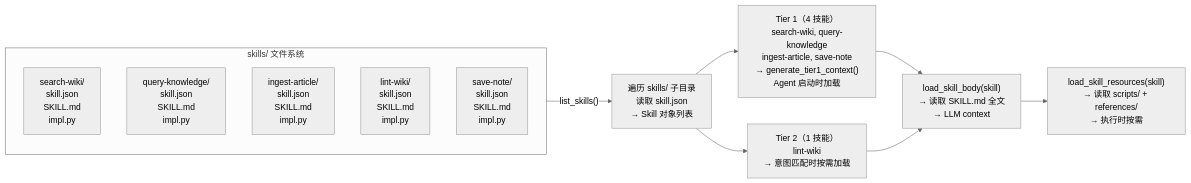
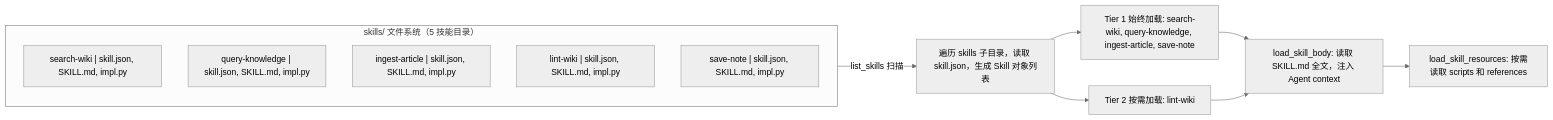
One commit to JXY001A/knowledge-wiki changed the sixth of 8 diagrams in wiki/综合分析/2026-05-23 Phase 2 实现详细流程图.md. Above: the diagram before and after it, drawn with Mermaid (neutral theme). The commit also changed other lines of this file and 1 other file, not shown here.

First line of the commit message:
fix: 消除第四至六节 Mermaid 渲染错误 — 节点单行化，去除 br 换行

````diff
--- a/wiki/综合分析/2026-05-23 Phase 2 实现详细流程图.md
+++ b/wiki/综合分析/2026-05-23 Phase 2 实现详细流程图.md
@@ -307,21 +306,20 @@
 ```mermaid
 flowchart LR
-    subgraph Filesystem["skills/ 文件系统"]
-        SA["search-wiki/<br/>  skill.json<br/>  SKILL.md<br/>  impl.py"]
-        QA["query-knowledge/<br/>  skill.json<br/>  SKILL.md<br/>  impl.py"]
-        IA["ingest-article/<br/>  skill.json<br/>  SKILL.md<br/>  impl.py"]
-        LW["lint-wiki/<br/>  skill.json<br/>  SKILL.md<br/>  impl.py"]
-        SN["save-note/<br/>  skill.json<br/>  SKILL.md<br/>  impl.py"]
+    subgraph Filesystem["skills/ 文件系统（5 技能目录）"]
+        SA["search-wiki | skill.json, SKILL.md, impl.py"]
+        QA["query-knowledge | skill.json, SKILL.md, impl.py"]
+        IA["ingest-article | skill.json, SKILL.md, impl.py"]
+        LW["lint-wiki | skill.json, SKILL.md, impl.py"]
+        SN["save-note | skill.json, SKILL.md, impl.py"]
     end
 
-    Filesystem -->|"list_skills()"| Scan["遍历 skills/ 子目录<br/>读取 skill.json<br/>→ Skill 对象列表"]
+    Filesystem -->|"list_skills 扫描"| Scan["遍历 skills 子目录，读取 skill.json，生成 Skill 对象列表"]
 
-    Scan --> Tier1["Tier 1（4 技能）<br/>search-wiki, query-knowledge<br/>ingest-article, save-note<br/>→ generate_tier1_context()<br/>Agent 启动时加载"]
+    Scan --> Tier1["Tier 1 始终加载: search-wiki, query-knowledge, ingest-article, save-note"]
+    Scan --> Tier2["Tier 2 按需加载: lint-wiki"]
 
-    Scan --> Tier2["Tier 2（1 技能）<br/>lint-wiki<br/>→ 意图匹配时按需加载"]
-
-    Tier1 --> Load2["load_skill_body(skill)<br/>→ 读取 SKILL.md 全文<br/>→ LLM context"]
+    Tier1 --> Load2["load_skill_body: 读取 SKILL.md 全文，注入 Agent context"]
     Tier2 --> Load2
 
-    Load2 --> Load3["load_skill_resources(skill)<br/>→ 读取 scripts/ + references/<br/>→ 执行时按需"]
+    Load2 --> Load3["load_skill_resources: 按需读取 scripts 和 references"]
 ```
````
